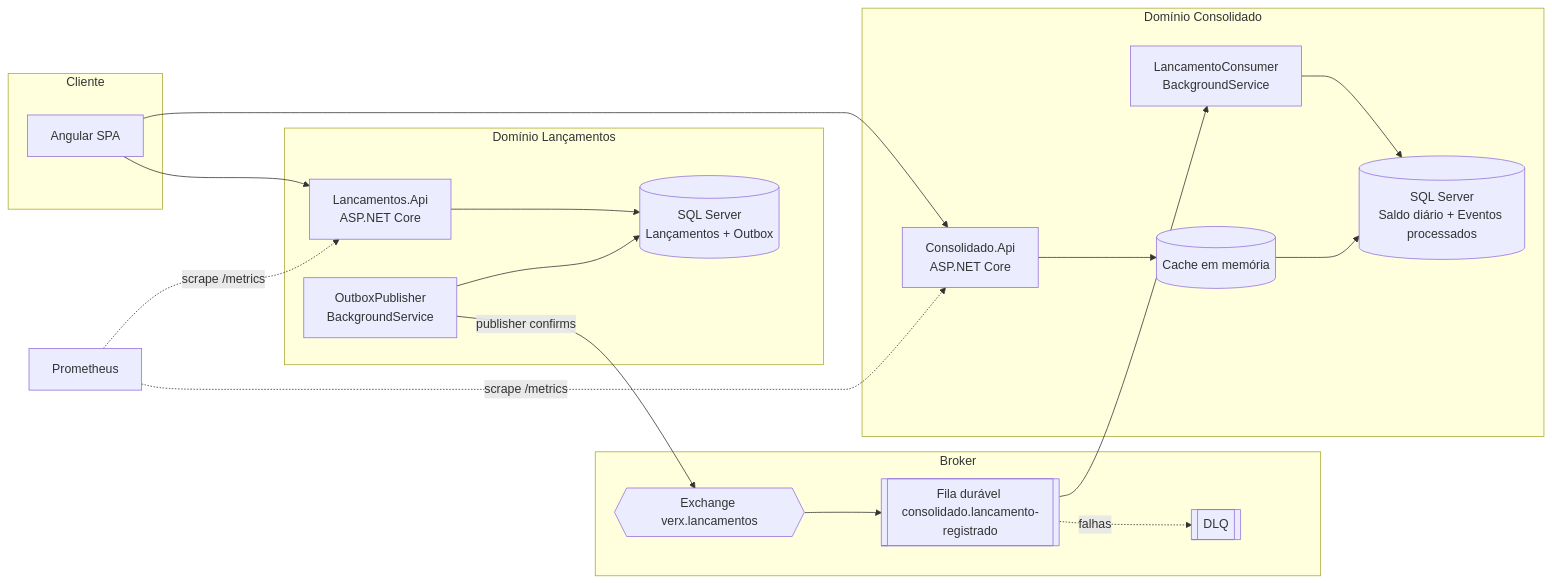
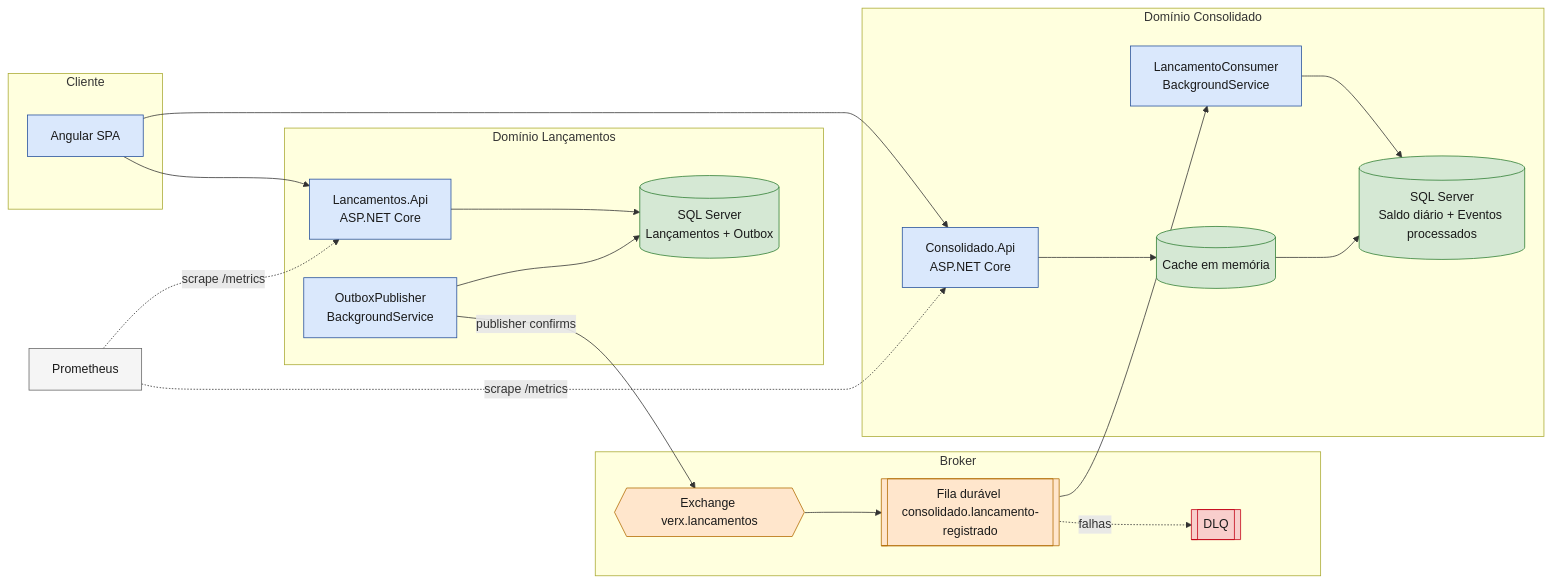
Before and after one commit to AugustinhoCelestino/verx: the second of 3 diagrams in docs/003-desenho-da-solucao.md, drawn with Mermaid. The commit also changed other lines of this file and 21 other files, not shown here.

Commit message:
Correlation-id ponta a ponta e documentacao: riscos, LGPD, visao geral, MoSCoW e diagramas padronizados

````diff
--- a/docs/003-desenho-da-solucao.md
+++ b/docs/003-desenho-da-solucao.md
@@ -32,34 +49,45 @@
 ```mermaid
 flowchart LR
     subgraph Cliente
       W[Angular SPA]
     end
     subgraph Lancamentos[Domínio Lançamentos]
       LA[Lancamentos.Api<br/>ASP.NET Core]
       LDB[(SQL Server<br/>Lançamentos + Outbox)]
       OP[OutboxPublisher<br/>BackgroundService]
       LA --> LDB
       OP --> LDB
     end
     subgraph Broker
       EX{{Exchange verx.lancamentos}}
       Q[[Fila durável consolidado.lancamento-registrado]]
       DLQ[[DLQ]]
       EX --> Q
       Q -. falhas .-> DLQ
     end
     subgraph Consolidacao[Domínio Consolidado]
       CO[LancamentoConsumer<br/>BackgroundService]
       CA[Consolidado.Api<br/>ASP.NET Core]
       CDB[(SQL Server<br/>Saldo diário + Eventos processados)]
       CACHE[(Cache em memória)]
       CO --> CDB
       CA --> CACHE --> CDB
     end
     W --> LA
     W --> CA
     OP -- publisher confirms --> EX
     Q --> CO
     PROM[Prometheus] -. scrape /metrics .-> LA
     PROM -. scrape /metrics .-> CA
+
+    classDef svc fill:#DAE8FC,stroke:#254F9B,color:#1A1A1A
+    classDef data fill:#D5E8D4,stroke:#2E7D32,color:#1A1A1A
+    classDef msg fill:#FFE6CC,stroke:#B36B00,color:#1A1A1A
+    classDef ext fill:#F5F5F5,stroke:#666666,color:#1A1A1A
+    classDef fail fill:#F8CECC,stroke:#C20016,color:#1A1A1A
+    class W,LA,OP,CO,CA svc
+    class LDB,CDB,CACHE data
+    class EX,Q msg
+    class PROM ext
+    class DLQ fail
 ```
````
